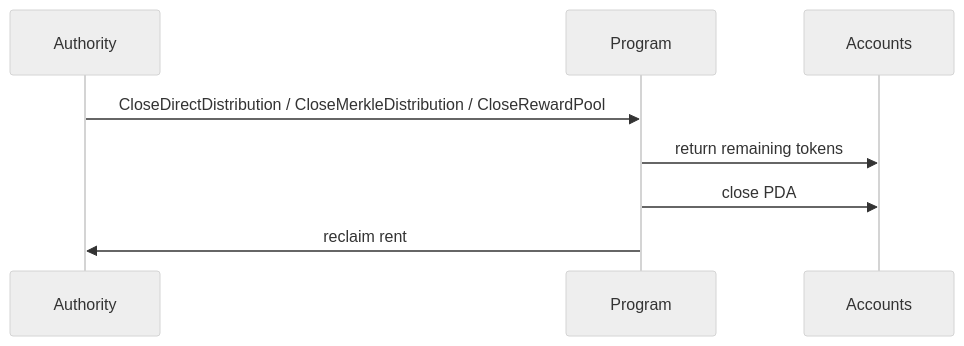
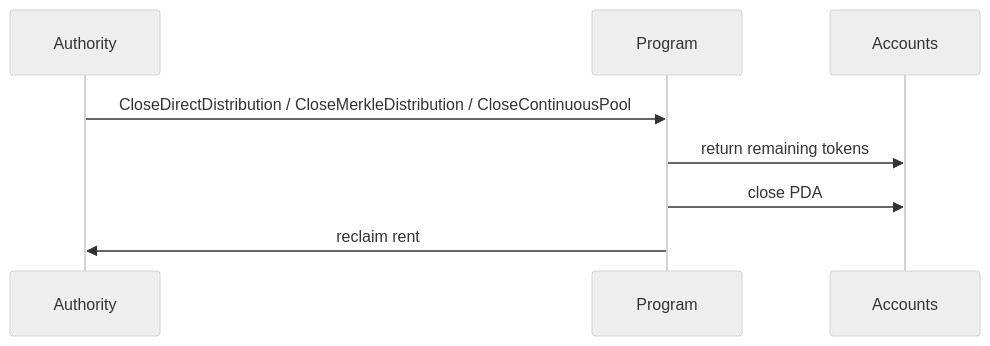
The sixth of 6 diagrams in README.md (solana-program/rewards), drawn with Mermaid (neutral theme) before and after one commit. The commit also changed other lines of this file and 63 other files, not shown here.

````diff
--- a/README.md
+++ b/README.md
@@ -199,11 +199,11 @@
 ```mermaid
 sequenceDiagram
     participant Authority
     participant Program
     participant Accounts
 
-    Authority->>Program: CloseDirectDistribution / CloseMerkleDistribution / CloseRewardPool
+    Authority->>Program: CloseDirectDistribution / CloseMerkleDistribution / CloseContinuousPool
     Program->>Accounts: return remaining tokens
     Program->>Accounts: close PDA
     Program->>Authority: reclaim rent
 ```
````
